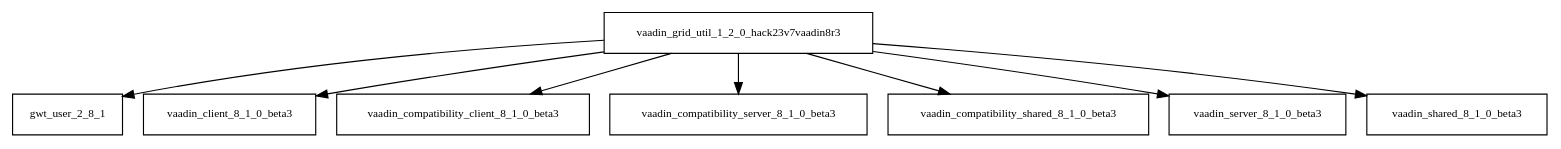
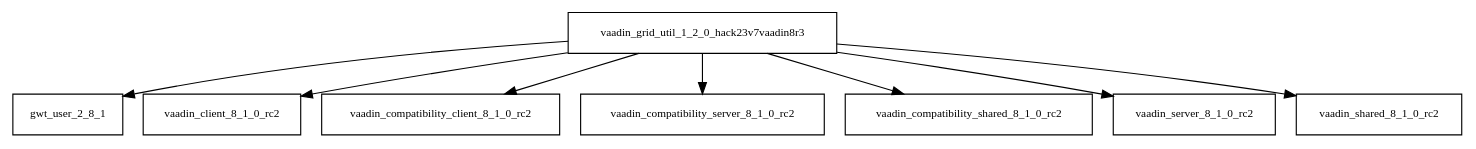
The diagram in tattleTaleReport/graphviz/vaadin-grid-util-1.2.0.hack23v7vaadin8r3.jar/vaadin-grid-util-1.2.0.hack23v7vaadin8r3.jar.dot (AglaianWoman/cia), drawn with Graphviz before and after one commit. The commit also changed 2443 other files, not shown here.

```diff
--- a/tattleTaleReport/graphviz/vaadin-grid-util-1.2.0.hack23v7vaadin8r3.jar/vaadin-grid-util-1.2.0.hack23v7vaadin8r3.jar.dot
+++ b/tattleTaleReport/graphviz/vaadin-grid-util-1.2.0.hack23v7vaadin8r3.jar/vaadin-grid-util-1.2.0.hack23v7vaadin8r3.jar.dot
@@ -1,10 +1,10 @@
 digraph vaadin_grid_util_1_2_0_hack23v7vaadin8r3_dependencies {
   node [shape = box, fontsize=10.0];
   vaadin_grid_util_1_2_0_hack23v7vaadin8r3 -> gwt_user_2_8_1;
-  vaadin_grid_util_1_2_0_hack23v7vaadin8r3 -> vaadin_client_8_1_0_beta3;
-  vaadin_grid_util_1_2_0_hack23v7vaadin8r3 -> vaadin_compatibility_client_8_1_0_beta3;
-  vaadin_grid_util_1_2_0_hack23v7vaadin8r3 -> vaadin_compatibility_server_8_1_0_beta3;
-  vaadin_grid_util_1_2_0_hack23v7vaadin8r3 -> vaadin_compatibility_shared_8_1_0_beta3;
-  vaadin_grid_util_1_2_0_hack23v7vaadin8r3 -> vaadin_server_8_1_0_beta3;
-  vaadin_grid_util_1_2_0_hack23v7vaadin8r3 -> vaadin_shared_8_1_0_beta3;
+  vaadin_grid_util_1_2_0_hack23v7vaadin8r3 -> vaadin_client_8_1_0_rc2;
+  vaadin_grid_util_1_2_0_hack23v7vaadin8r3 -> vaadin_compatibility_client_8_1_0_rc2;
+  vaadin_grid_util_1_2_0_hack23v7vaadin8r3 -> vaadin_compatibility_server_8_1_0_rc2;
+  vaadin_grid_util_1_2_0_hack23v7vaadin8r3 -> vaadin_compatibility_shared_8_1_0_rc2;
+  vaadin_grid_util_1_2_0_hack23v7vaadin8r3 -> vaadin_server_8_1_0_rc2;
+  vaadin_grid_util_1_2_0_hack23v7vaadin8r3 -> vaadin_shared_8_1_0_rc2;
 }
```
